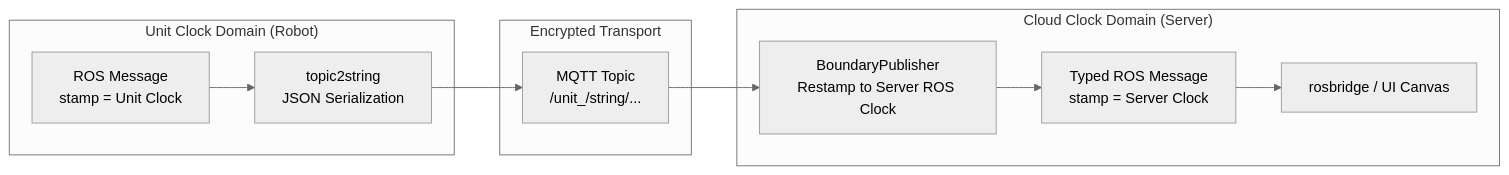
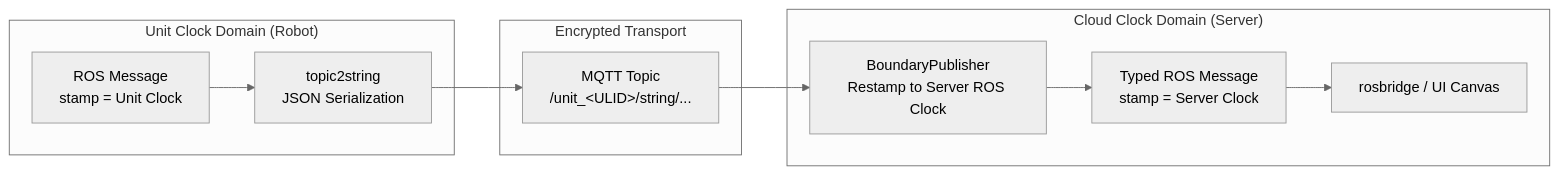
Before and after one commit to itbdelaboprogramming/msd700_documentation: the fifth of 7 diagrams in docs/development/architecture.md, drawn with Mermaid (neutral theme). The commit also changed other lines of this file and 148 other files, not shown here.

First line of the commit message:
docs: render all mermaid diagrams to static draw.io-style PNGs

````diff
--- a/docs/development/architecture.md
+++ b/docs/development/architecture.md
@@ -205,19 +205,19 @@
 ```mermaid
 flowchart LR
   subgraph UnitDomain["Unit Clock Domain (Robot)"]
     U_MSG["ROS Message<br/>stamp = Unit Clock"]
     U_T2S["topic2string<br/>JSON Serialization"]
   end
 
   subgraph Transport["Encrypted Transport"]
-    MQTT_TOPIC["MQTT Topic<br/>/unit_<ULID>/string/..."]
+    MQTT_TOPIC["MQTT Topic<br/>/unit_#lt;ULID#gt;/string/..."]
   end
 
   subgraph CloudDomain["Cloud Clock Domain (Server)"]
     C_BOUND["BoundaryPublisher<br/>Restamp to Server ROS Clock"]
     C_ROS["Typed ROS Message<br/>stamp = Server Clock"]
     C_VIEW["rosbridge / UI Canvas"]
   end
 
   U_MSG --> U_T2S --> MQTT_TOPIC --> C_BOUND --> C_ROS --> C_VIEW
 ```
````
